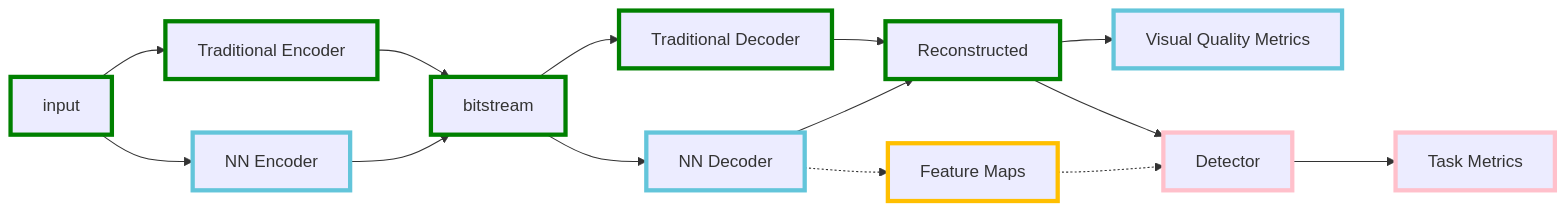
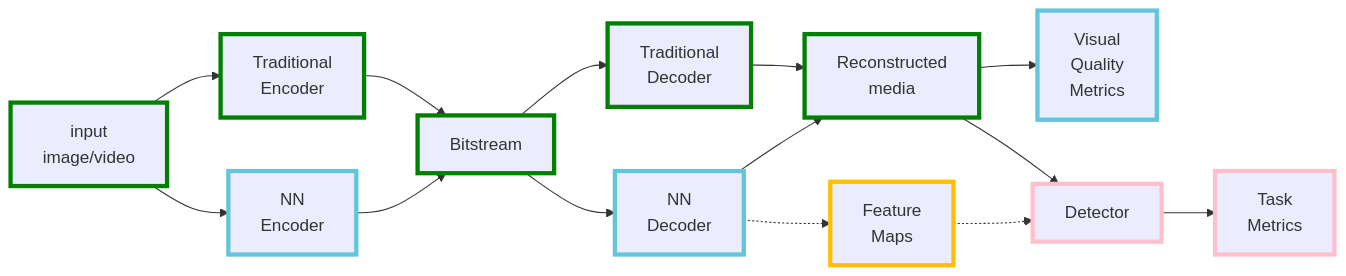
One commit to InterDigitalInc/CompressAI-Vision changed the diagram in README.md. Above: the diagram before and after it, drawn with Mermaid.

````diff
--- a/README.md
+++ b/README.md
@@ -10,21 +10,22 @@
 ```mermaid
+%%{init: {'themeVariables': { 'fontSize': '16px'}}}%%
 graph LR
-    A[input]:::other -->B
+    A[input<br>image/video]:::other -->B
     A --> B1
-    B[Traditional Encoder]:::other --> C
-    B1[NN Encoder]:::cai--> C
-    C[bitstream]:::other --> D
+    B[Traditional<br>Encoder]:::other --> C
+    B1[NN<br>Encoder]:::cai--> C
+    C[Bitstream]:::other --> D
     C --> D1
-    D[Traditional Decoder]:::other--> E
-    D1[NN Decoder]:::cai-->E
+    D[Traditional<br>Decoder]:::other--> E
+    D1[NN<br>Decoder]:::cai-->E
     D1 -.-> H
-    E[Reconstructed]:::other--> G
+    E[Reconstructed<br>media]:::other--> G
     E --> F1
-    G[Visual Quality Metrics]:::cai
-    F1[Detector]:::cav --> G1[Task Metrics]:::cav
-    H[Feature Maps]:::future -.-> F1
+    G[Visual<br>Quality<br>Metrics]:::cai
+    F1[Detector]:::cav --> G1[Task<br>Metrics]:::cav
+    H[Feature<br>Maps]:::future -.-> F1
     classDef cai stroke:#63C5DA,stroke-width:4px
     classDef cav stroke:#FFC0CB,stroke-width:4px
     classDef other stroke:#008000,stroke-width:4px
     classDef future stroke:#FFBF00,stroke-width:4px
 ```
````
